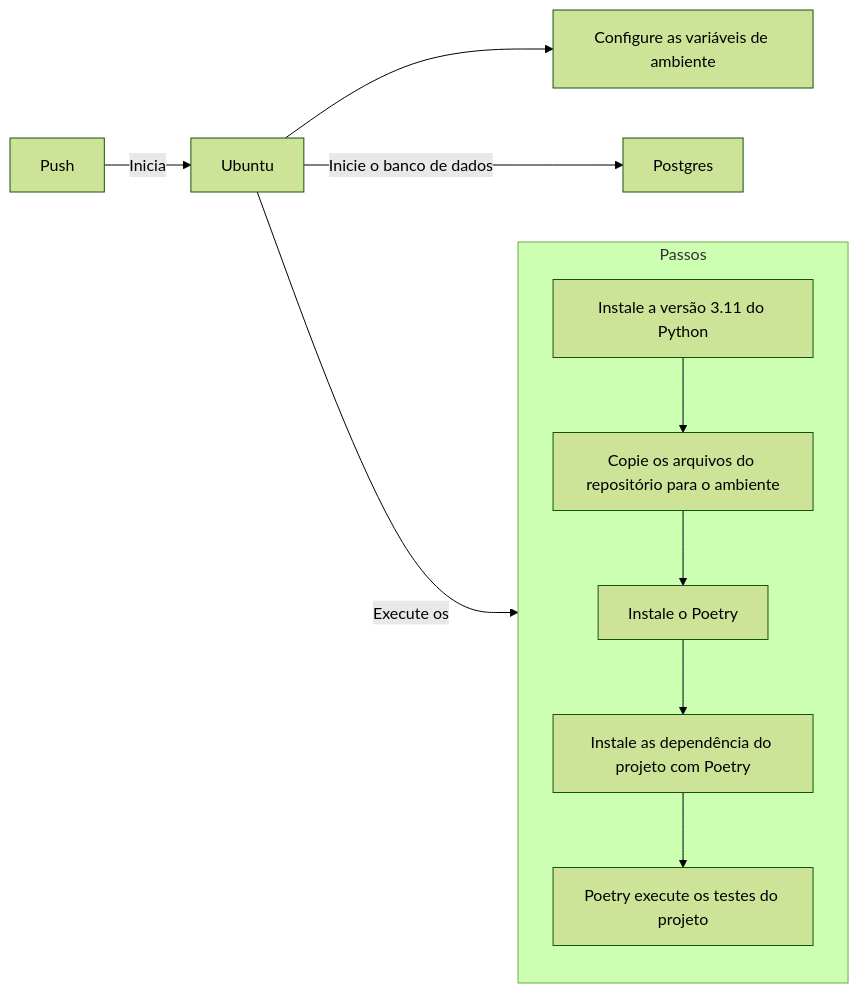
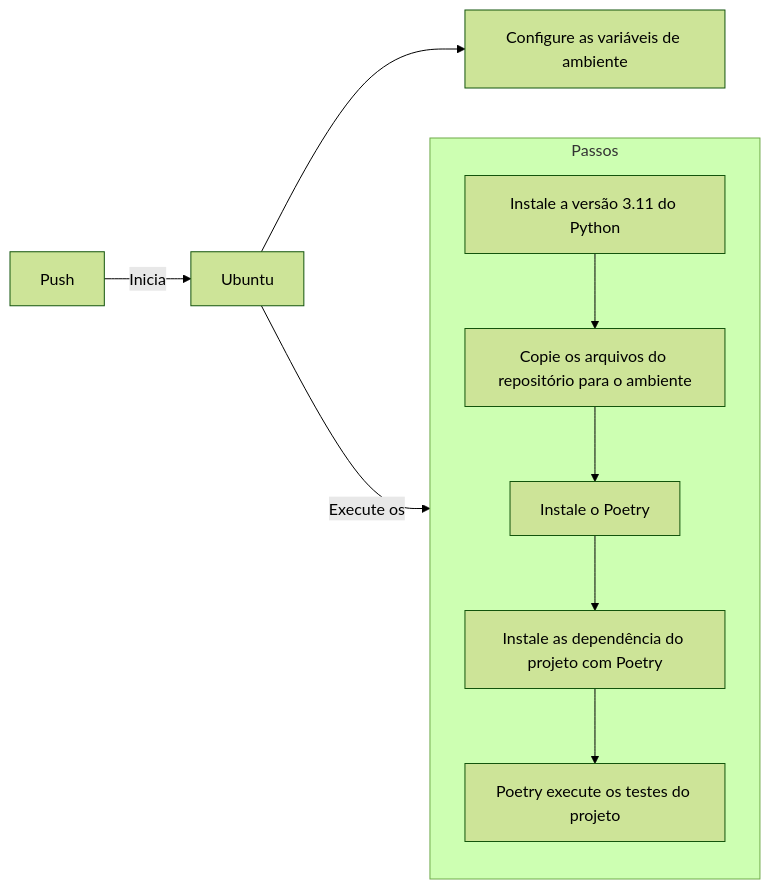
The first of 2 diagrams in aulas/11.md (dunossauro/fastapi-do-zero), drawn with Mermaid (forest theme) before and after one commit.

Commit message:
[WIP] Removendo inicialização do postgres do diagrama do CI na aula 11
related #161

````diff
--- a/aulas/11.md
+++ b/aulas/11.md
@@ -47,13 +47,12 @@
 ```mermaid
 flowchart LR
     Push -- Inicia --> Ubuntu
     Ubuntu -- Execute os --> Passos
 	Ubuntu --> Z[Configure as variáveis de ambiente]
 	subgraph Passos
       A[Instale a versão 3.11 do Python] --> B[Copie os arquivos do repositório para o ambiente]
 	  B --> C[Instale o Poetry]
 	  C --> D[Instale as dependência do projeto com Poetry]
 	  D --> E[Poetry execute os testes do projeto]
 	end
-	Ubuntu -- Inicie o banco de dados --> Postgres
 ```
````
